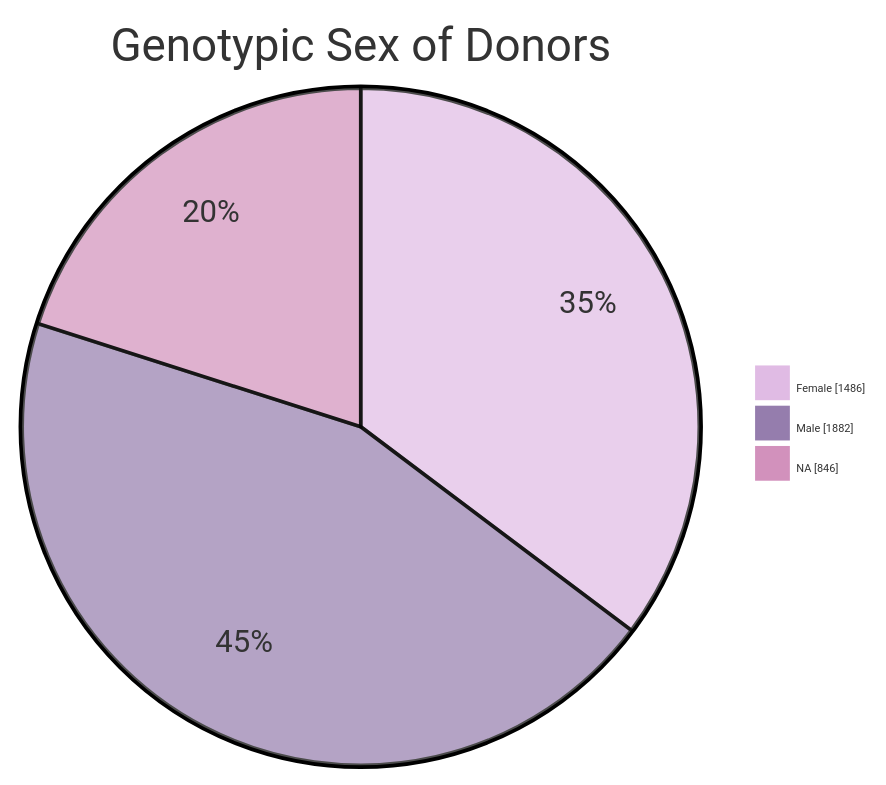
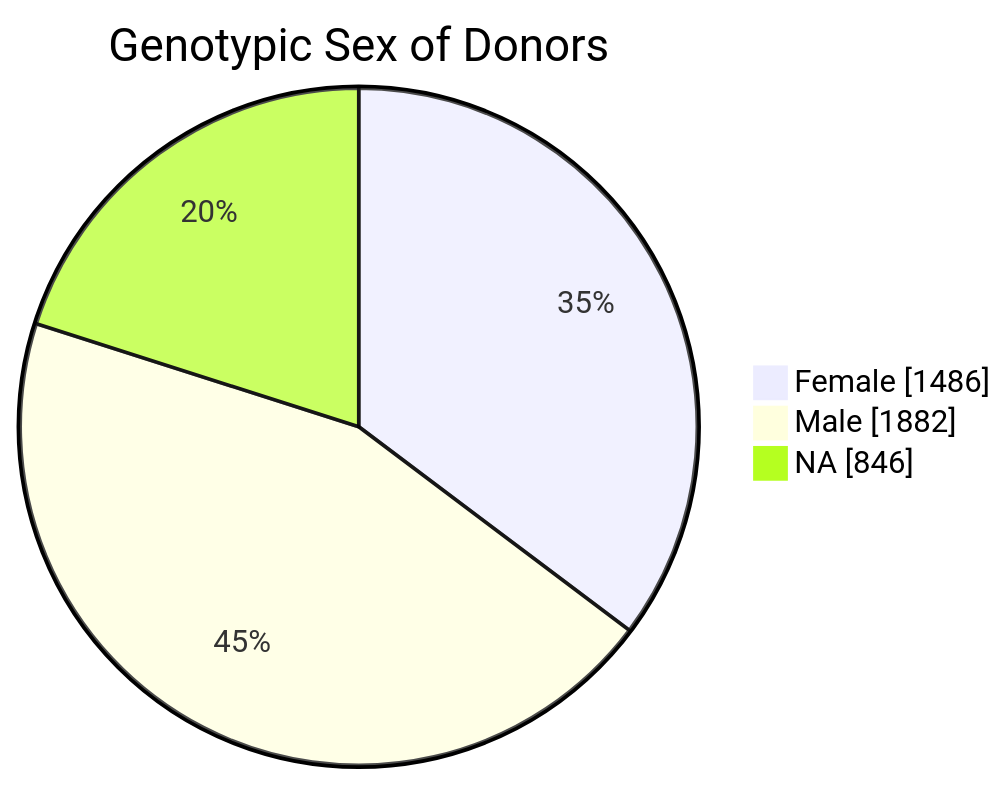
The diagram in docs/index.md (progenetix/cancercelllines-web), drawn with Mermaid before and after one commit. The commit also changed 1 other file, not shown here.

Commit message:
fix ancestry pie

````diff
--- a/docs/index.md
+++ b/docs/index.md
@@ -16,10 +16,10 @@
 ```mermaid
-%%{init: {'theme': 'base', 'themeVariables': {"pieLegendTextSize":"6px","fontFamily": "arial",'pie1':'#E0BBE4','pie2':'#957DAD','pie3':'#D291BC'}}}%%
+%%{init: {"",'theme': 'base', 'themeVariables': {"pieLegendTextSize":"6px","fontFamily": "arial",'pie1':'#E0BBE4','pie2':'#957DAD','pie3':'#D291BC'}}}%%
 pie showData
 title Genotypic Sex of Donors
 "Female" : 1486
 "Male" : 1882
 "NA" : 846
 
 
 ```
````
